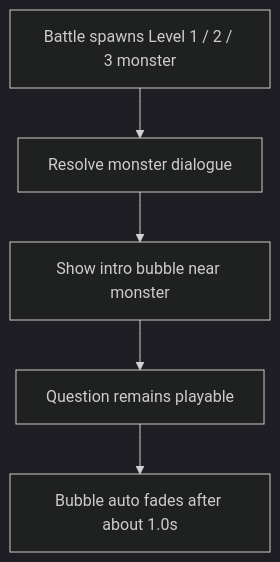
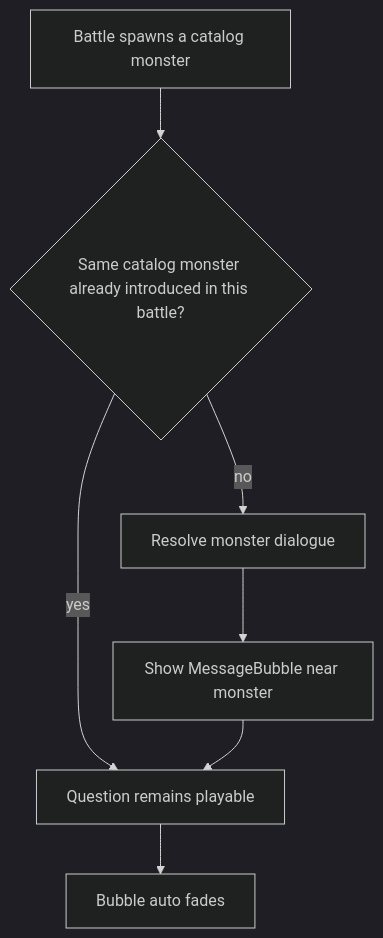
Before and after one commit to terryma2024/happyword: the first of 3 diagrams in docs/features/2026-05-25-boss-dialogue-v0-9-2/00-design.md, drawn with Mermaid (dark theme). The commit also changed other lines of this file and 46 other files, not shown here.

````diff
--- a/docs/features/2026-05-25-boss-dialogue-v0-9-2/00-design.md
+++ b/docs/features/2026-05-25-boss-dialogue-v0-9-2/00-design.md
@@ -40,7 +39,9 @@
 ```mermaid
 flowchart TD
-  start["Battle spawns Level 1 / 2 / 3 monster"] --> lookup["Resolve monster dialogue"]
-  lookup --> bubble["Show intro bubble near monster"]
+  start["Battle spawns a catalog monster"] --> seen{"Same catalog monster already introduced in this battle?"}
+  seen -->|yes| question["Question remains playable"]
+  seen -->|no| lookup["Resolve monster dialogue"]
+  lookup --> bubble["Show MessageBubble near monster"]
   bubble --> question["Question remains playable"]
-  question --> fade["Bubble auto fades after about 1.0s"]
+  question --> fade["Bubble auto fades"]
 ```
````
